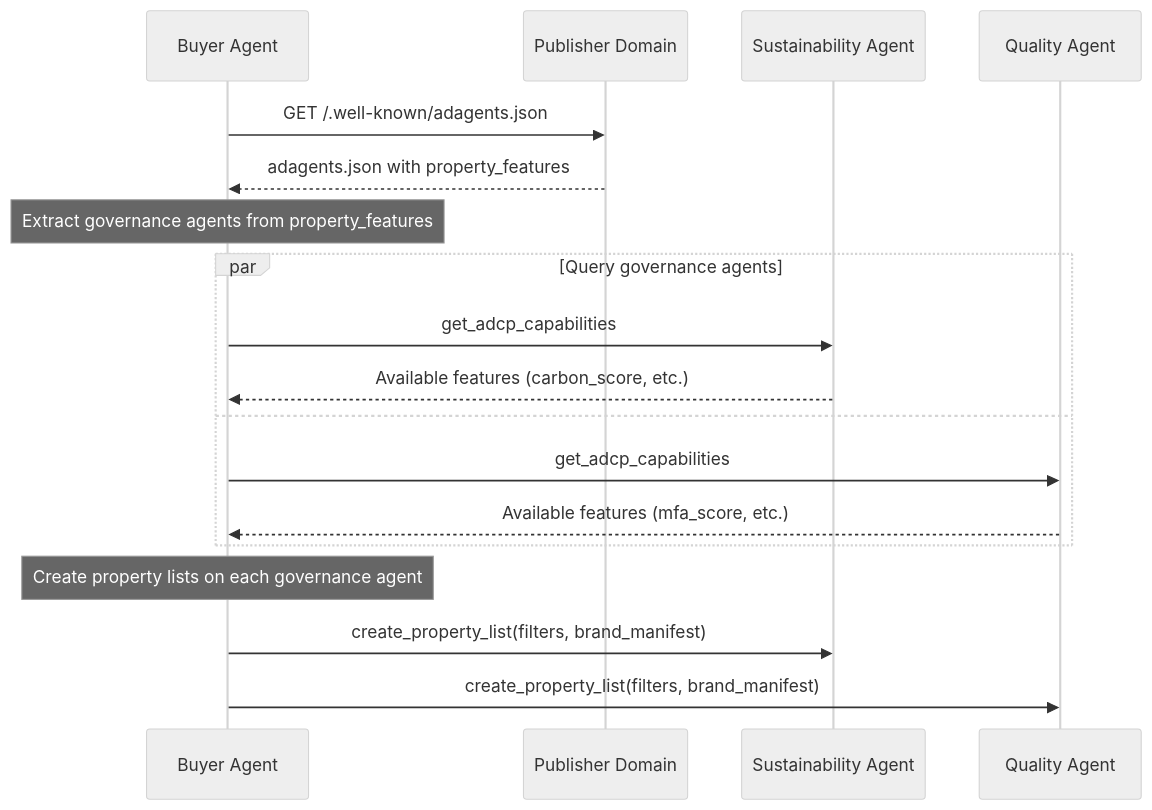
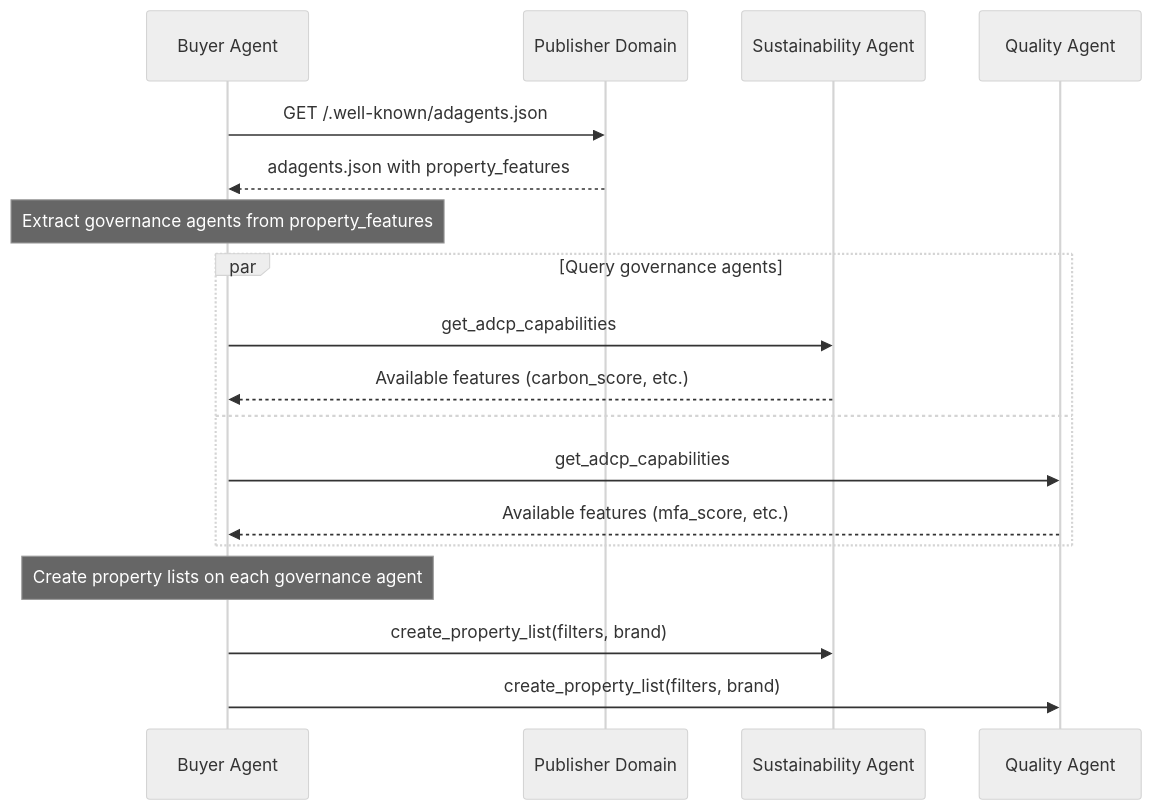
The diagram in docs/governance/property/adagents.mdx (adcontextprotocol/adcp), drawn with Mermaid (neutral theme) before and after one commit. The commit also changed 76 other files, not shown here.

First line of the commit message:
feat!: Unify brand identity — delete brand-manifest.json, use brand refs

````diff
--- a/docs/governance/property/adagents.mdx
+++ b/docs/governance/property/adagents.mdx
@@ -546,25 +546,25 @@
 ```mermaid
 sequenceDiagram
     participant Buyer as Buyer Agent
     participant PubDomain as Publisher Domain
     participant SustAgent as Sustainability Agent
     participant QualAgent as Quality Agent
 
     Buyer->>PubDomain: GET /.well-known/adagents.json
     PubDomain-->>Buyer: adagents.json with property_features
 
     Note over Buyer: Extract governance agents from property_features
 
     par Query governance agents
         Buyer->>SustAgent: get_adcp_capabilities
         SustAgent-->>Buyer: Available features (carbon_score, etc.)
     and
         Buyer->>QualAgent: get_adcp_capabilities
         QualAgent-->>Buyer: Available features (mfa_score, etc.)
     end
 
     Note over Buyer: Create property lists on each governance agent
 
-    Buyer->>SustAgent: create_property_list(filters, brand_manifest)
-    Buyer->>QualAgent: create_property_list(filters, brand_manifest)
+    Buyer->>SustAgent: create_property_list(filters, brand)
+    Buyer->>QualAgent: create_property_list(filters, brand)
 ```
````
